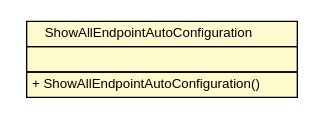
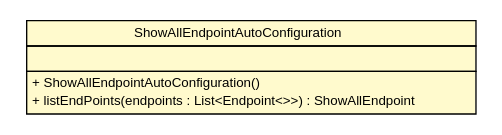
One commit to sfeng9d/spring-cloud-service-discovery changed the diagram in snapshot/build-docker/maven-build-java8/spring-cloud-service-discovery/spring-cloud-multi-registration/apidocs/org/springframework/boot/actuate/endpoint/ShowAllEndpointAutoConfiguration.dot. Above: the diagram before and after it, drawn with Graphviz. The commit also changed 56 other files, not shown here.

```diff
--- a/snapshot/build-docker/maven-build-java8/spring-cloud-service-discovery/spring-cloud-multi-registration/apidocs/org/springframework/boot/actuate/endpoint/ShowAllEndpointAutoConfiguration.dot
+++ b/snapshot/build-docker/maven-build-java8/spring-cloud-service-discovery/spring-cloud-multi-registration/apidocs/org/springframework/boot/actuate/endpoint/ShowAllEndpointAutoConfiguration.dot
@@ -1,24 +1,25 @@
 #!/usr/local/bin/dot
 #
 # Class diagram 
 # Generated by UMLGraph version R5_6-24-gf6e263 (http://www.umlgraph.org/)
 #
 
 digraph G {
 	edge [fontname="Helvetica",fontsize=10,labelfontname="Helvetica",labelfontsize=10];
 	node [fontname="Helvetica",fontsize=10,shape=plaintext];
 	nodesep=0.25;
 	ranksep=0.5;
 	// org.springframework.boot.actuate.endpoint.ShowAllEndpointAutoConfiguration
-	c81 [label=<<table title="org.springframework.boot.actuate.endpoint.ShowAllEndpointAutoConfiguration" border="0" cellborder="1" cellspacing="0" cellpadding="2" port="p" bgcolor="lemonChiffon" href="./ShowAllEndpointAutoConfiguration.html">
+	c78 [label=<<table title="org.springframework.boot.actuate.endpoint.ShowAllEndpointAutoConfiguration" border="0" cellborder="1" cellspacing="0" cellpadding="2" port="p" bgcolor="lemonChiffon" href="./ShowAllEndpointAutoConfiguration.html">
 		<tr><td><table border="0" cellspacing="0" cellpadding="1">
 <tr><td align="center" balign="center"> ShowAllEndpointAutoConfiguration </td></tr>
 		</table></td></tr>
 		<tr><td><table border="0" cellspacing="0" cellpadding="1">
 <tr><td align="left" balign="left">  </td></tr>
 		</table></td></tr>
 		<tr><td><table border="0" cellspacing="0" cellpadding="1">
 <tr><td align="left" balign="left"> + ShowAllEndpointAutoConfiguration() </td></tr>
+<tr><td align="left" balign="left"> + listEndPoints(endpoints : List&lt;Endpoint&lt;&gt;&gt;) : ShowAllEndpoint </td></tr>
 		</table></td></tr>
 		</table>>, URL="./ShowAllEndpointAutoConfiguration.html", fontname="Helvetica", fontcolor="black", fontsize=10.0];
 }
```
